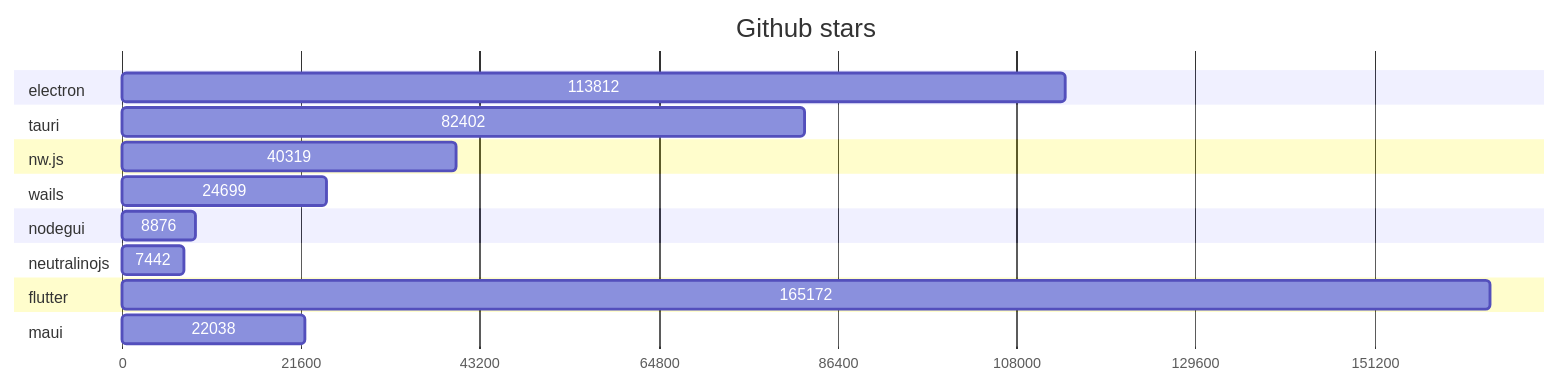
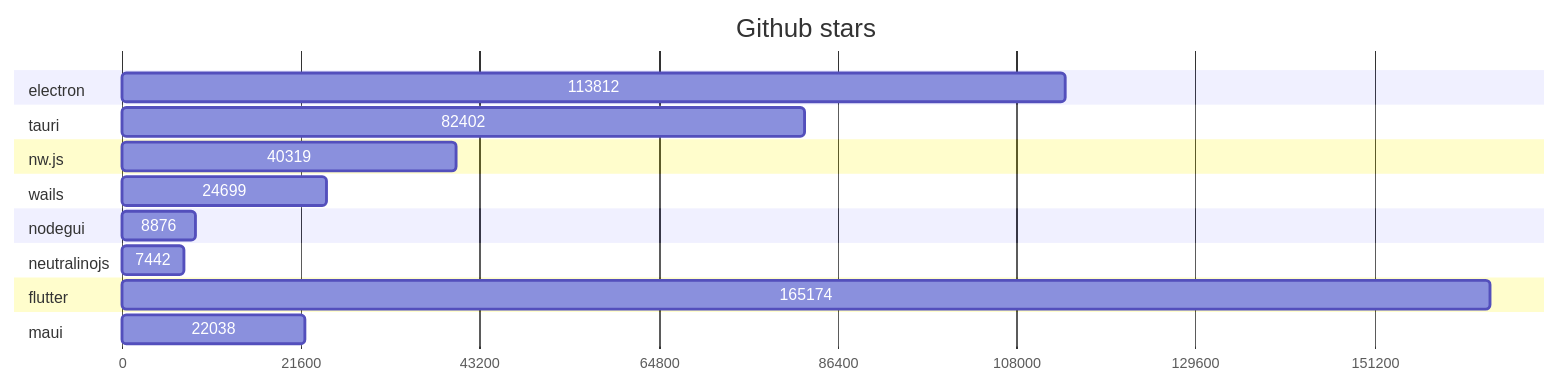
Before and after one commit to Elanis/web-to-desktop-framework-comparison: the first of 2 diagrams in GRAPHS.md, drawn with Mermaid. The commit also changed 1 other file, not shown here.

Commit message:
Update stars & Fork

````diff
--- a/GRAPHS.md
+++ b/GRAPHS.md
@@ -5,40 +5,40 @@
 ```mermaid
 gantt
     title Github stars
     dateFormat  X
     axisFormat %s
 
 
 	section electron
 	113812 : 0, 113812
 
 	
 	section tauri
 	82402 : 0, 82402
 
 	
 	section nw.js
 	40319 : 0, 40319
 
 	
 	section wails
 	24699 : 0, 24699
 
 	
 	section nodegui
 	8876 : 0, 8876
 
 	
 	section neutralinojs
 	7442 : 0, 7442
 
 	
 	section flutter
-	165172 : 0, 165172
+	165174 : 0, 165174
 
 	
 	section maui
 	22038 : 0, 22038
 
 	
 ```
````
